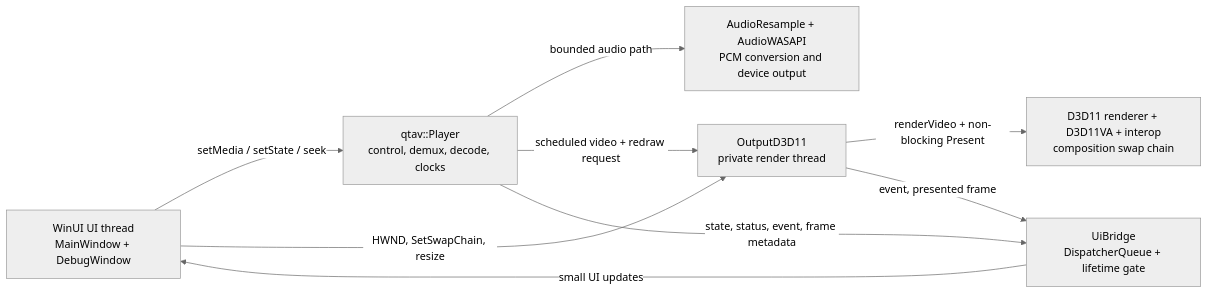
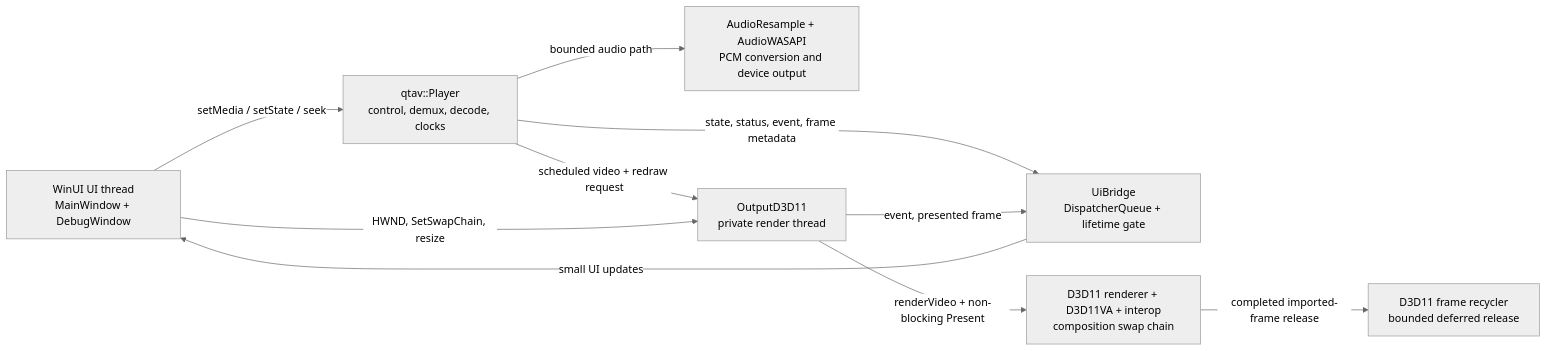
Before and after one commit to qietv/qtav: the diagram in modern/examples/winui3_player/ARCHITECTURE.md, drawn with Mermaid (neutral theme). The commit also changed other lines of this file and 19 other files, not shown here.

````diff
--- a/modern/examples/winui3_player/ARCHITECTURE.md
+++ b/modern/examples/winui3_player/ARCHITECTURE.md
@@ -23,18 +23,20 @@
 ```mermaid
 flowchart LR
     UI["WinUI UI thread\nMainWindow + DebugWindow"]
     Bridge["UiBridge\nDispatcherQueue + lifetime gate"]
     Player["qtav::Player\ncontrol, demux, decode, clocks"]
     Audio["AudioResample + AudioWASAPI\nPCM conversion and device output"]
     Output["OutputD3D11\nprivate render thread"]
     GPU["D3D11 renderer + D3D11VA + interop\ncomposition swap chain"]
+    Recycler["D3D11 frame recycler\nbounded deferred release"]
 
     UI -->|"setMedia / setState / seek"| Player
     Player -->|"bounded audio path"| Audio
     Player -->|"scheduled video + redraw request"| Output
     Output -->|"renderVideo + non-blocking Present"| GPU
+    GPU -->|"completed imported-frame release"| Recycler
     UI -->|"HWND, SetSwapChain, resize"| Output
     Player -->|"state, status, event, frame metadata"| Bridge
     Output -->|"event, presented frame"| Bridge
     Bridge -->|"small UI updates"| UI
 ```
````
